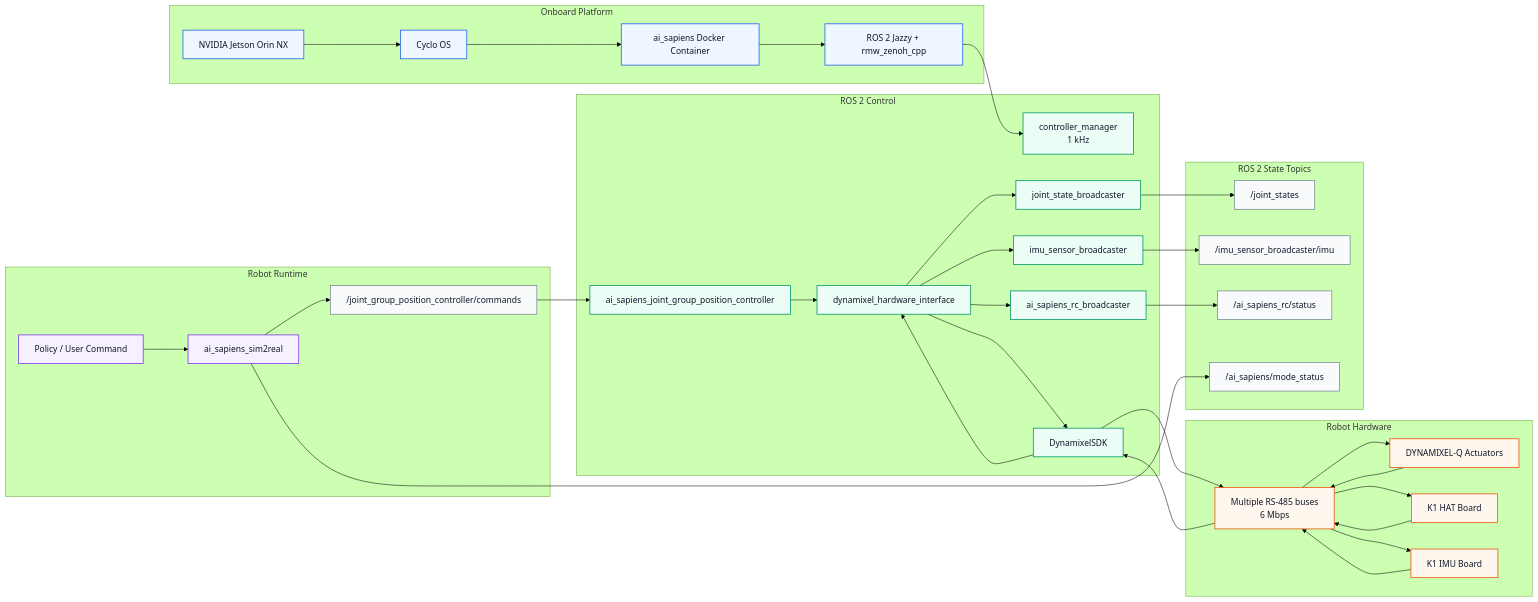
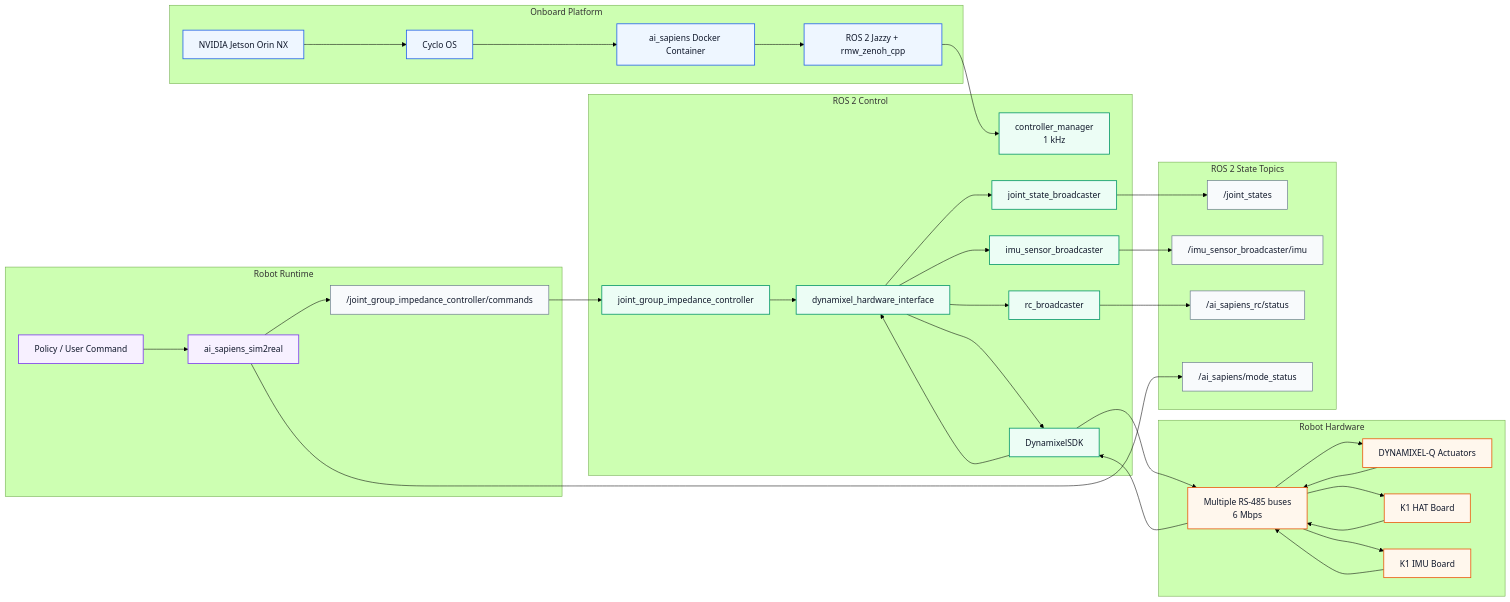
One commit to ROBOTIS-GIT/docs changed the first of 3 diagrams in docusaurus/docs/systems/aisapiens/specifications/software.mdx. Above: the diagram before and after it, drawn with Mermaid (forest theme). The commit also changed other lines of this file and 17 other files, not shown here.

````diff
--- a/docusaurus/docs/systems/aisapiens/specifications/software.mdx
+++ b/docusaurus/docs/systems/aisapiens/specifications/software.mdx
@@ -16,66 +16,66 @@
 ```mermaid
 flowchart LR
   classDef platform fill:#eef6ff,stroke:#2563eb,color:#0f172a,stroke-width:1.5px
   classDef runtime fill:#f7f0ff,stroke:#7c3aed,color:#0f172a,stroke-width:1.5px
   classDef control fill:#ecfdf5,stroke:#059669,color:#0f172a,stroke-width:1.5px
   classDef hardware fill:#fff7ed,stroke:#ea580c,color:#0f172a,stroke-width:1.5px
   classDef topic fill:#f8fafc,stroke:#64748b,color:#0f172a,stroke-width:1.2px
 
   subgraph Platform["Onboard Platform"]
     Orin["NVIDIA Jetson Orin NX"]
     Cyclo["Cyclo OS"]
     Docker["ai_sapiens Docker Container"]
     ROS["ROS 2 Jazzy + rmw_zenoh_cpp"]
   end
 
   subgraph Runtime["Robot Runtime"]
     Command["Policy / User Command"]
     Sim2Real["ai_sapiens_sim2real"]
-    CmdTopic["/joint_group_position_controller/commands"]
+    CmdTopic["/joint_group_impedance_controller/commands"]
   end
 
   subgraph Control["ROS 2 Control"]
     ControllerManager["controller_manager<br/>1 kHz"]
-    JointController["ai_sapiens_joint_group_position_controller"]
+    JointController["joint_group_impedance_controller"]
     StateBroadcaster["joint_state_broadcaster"]
     ImuBroadcaster["imu_sensor_broadcaster"]
-    RcBroadcaster["ai_sapiens_rc_broadcaster"]
+    RcBroadcaster["rc_broadcaster"]
     HardwareInterface["dynamixel_hardware_interface"]
     SDK["DynamixelSDK"]
   end
 
   subgraph Hardware["Robot Hardware"]
     Bus["Multiple RS-485 buses<br/>6 Mbps"]
     DQ["DYNAMIXEL-Q Actuators"]
     Hat["K1 HAT Board"]
     Imu["K1 IMU Board"]
   end
 
   subgraph Topics["ROS 2 State Topics"]
     JointStates["/joint_states"]
     ImuTopic["/imu_sensor_broadcaster/imu"]
     RcStatus["/ai_sapiens_rc/status"]
     ModeStatus["/ai_sapiens/mode_status"]
   end
 
   Orin --> Cyclo --> Docker --> ROS
   ROS --> ControllerManager
   Command --> Sim2Real --> CmdTopic --> JointController --> HardwareInterface --> SDK --> Bus
   Bus --> DQ
   Bus --> Hat
   Bus --> Imu
   DQ --> Bus
   Hat --> Bus
   Imu --> Bus
   Bus --> SDK --> HardwareInterface
   HardwareInterface --> StateBroadcaster --> JointStates
   HardwareInterface --> ImuBroadcaster --> ImuTopic
   HardwareInterface --> RcBroadcaster --> RcStatus
   Sim2Real --> ModeStatus
 
   class Orin,Cyclo,Docker,ROS platform
   class Command,Sim2Real runtime
   class CmdTopic,JointStates,ImuTopic,RcStatus,ModeStatus topic
   class ControllerManager,JointController,StateBroadcaster,ImuBroadcaster,RcBroadcaster,HardwareInterface,SDK control
   class Bus,DQ,Hat,Imu hardware
 ```
````
